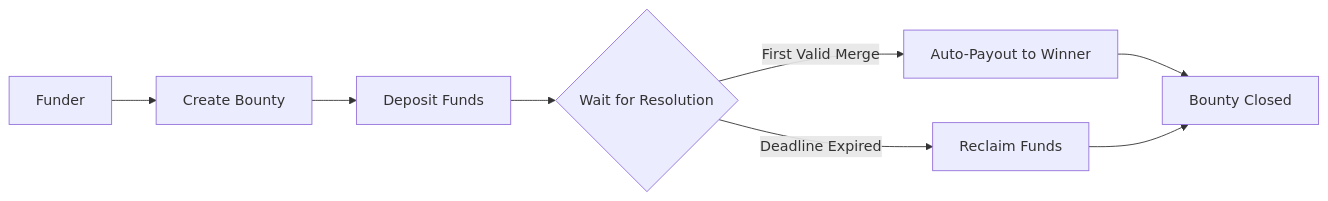
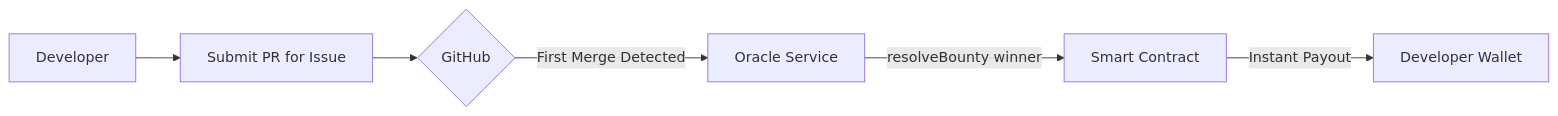
Before and after one commit to b3ww/ethglobal: the second of 3 diagrams in README.md, drawn with Mermaid. The commit also changed other lines of this file, not shown here.

````diff
--- a/README.md
+++ b/README.md
@@ -63,12 +46,8 @@
 ```mermaid
-graph LR
-    A[Funder] --> B[Create Bounty]
-    B --> C[Deposit Funds]
-    C --> D{Wait for Resolution}
-    
-    D -->|First Valid Merge| E[Auto-Payout to Winner]
-    D -->|Deadline Expired| F[Reclaim Funds]
-    
-    E --> G[Bounty Closed]
-    F --> G[Bounty Closed]
+flowchart LR
+    A[Developer] --> B[Submit PR for Issue]
+    B --> C{GitHub}
+    C -->|First Merge Detected| D[Oracle Service]
+    D -->|resolveBounty winner| E[Smart Contract]
+    E -->|Instant Payout| F[Developer Wallet]
 ```
````
